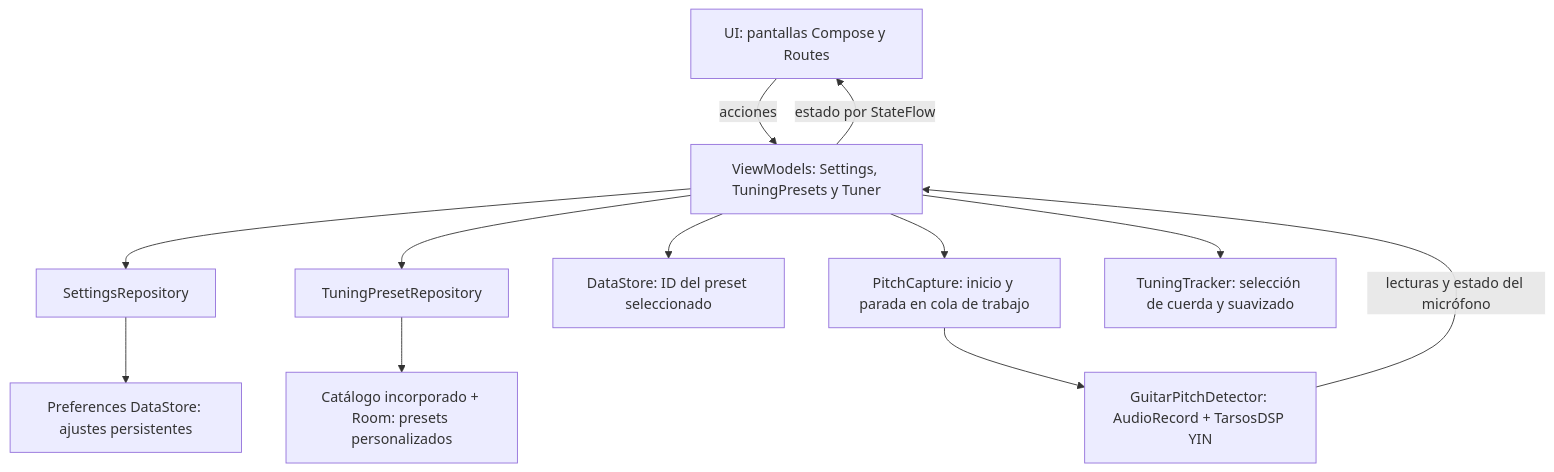
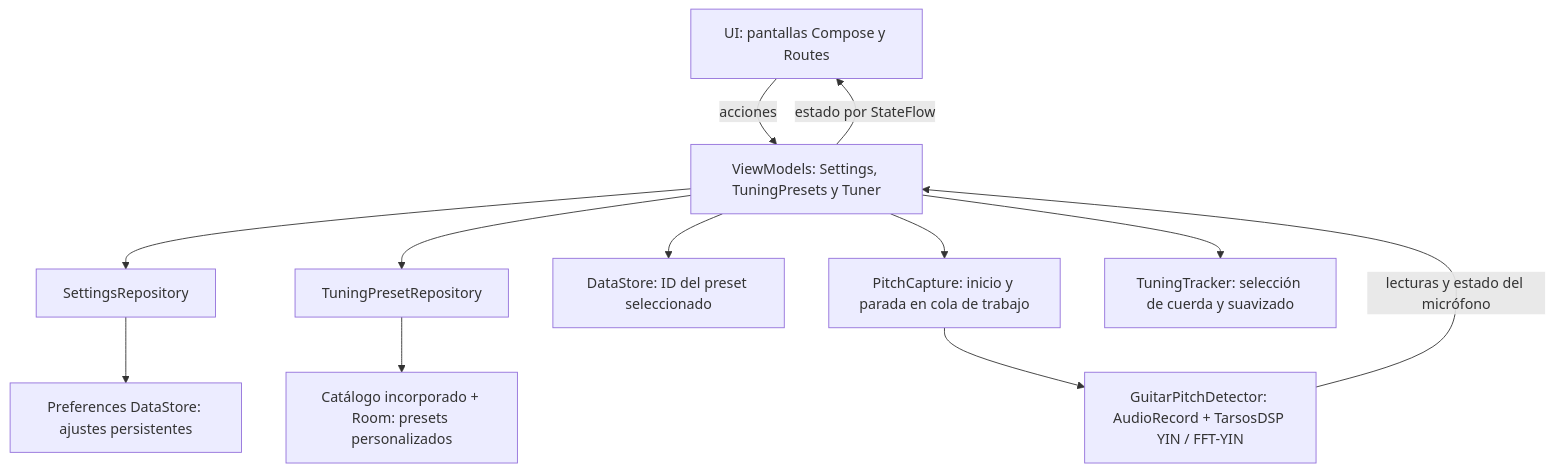
One commit to ChenBrian833/moviles_proyecto changed the diagram in README.md. Above: the diagram before and after it, drawn with Mermaid. The commit also changed other lines of this file and 26 other files, not shown here.

````diff
--- a/README.md
+++ b/README.md
@@ -85,14 +87,14 @@
 ```mermaid
 flowchart TD
     UI["UI: pantallas Compose y Routes"] -->|acciones| VM["ViewModels: Settings, TuningPresets y Tuner"]
     VM -->|"estado por StateFlow"| UI
     VM --> SettingsRepo["SettingsRepository"]
     SettingsRepo --> DataStore["Preferences DataStore: ajustes persistentes"]
     VM --> PresetRepo["TuningPresetRepository"]
     PresetRepo --> Catalog["Catálogo incorporado + Room: presets personalizados"]
     VM --> Selection["DataStore: ID del preset seleccionado"]
     VM --> Capture["PitchCapture: inicio y parada en cola de trabajo"]
-    Capture --> Detector["GuitarPitchDetector: AudioRecord + TarsosDSP YIN"]
+    Capture --> Detector["GuitarPitchDetector: AudioRecord + TarsosDSP YIN / FFT-YIN"]
     Detector -->|"lecturas y estado del micrófono"| VM
     VM --> Tracker["TuningTracker: selección de cuerda y suavizado"]
 ```
````
